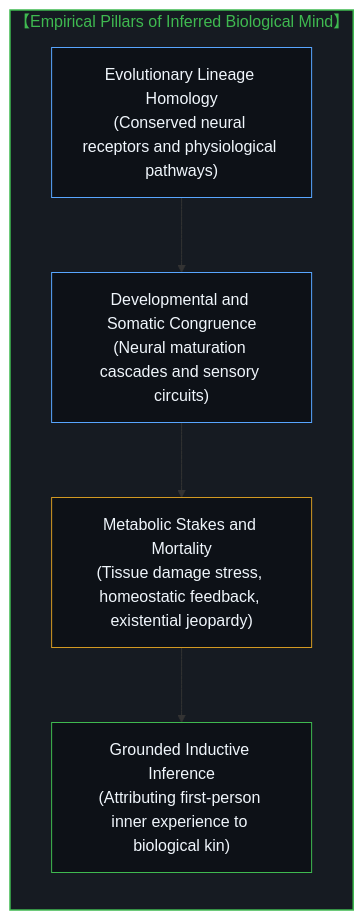
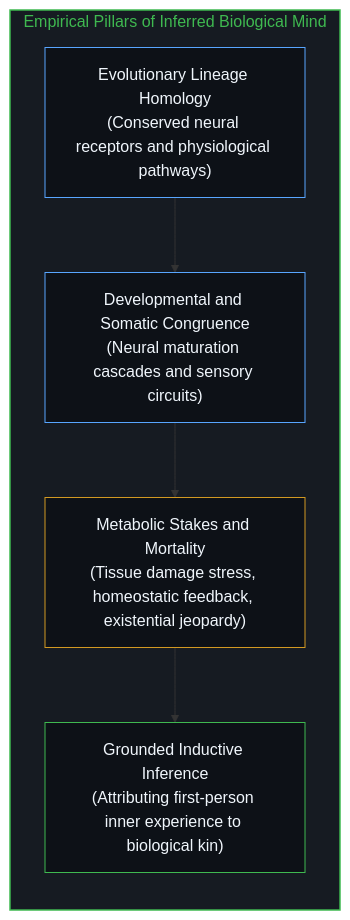
The second of 6 diagrams in content/posts/the-sleight-of-hand-of-consciousness-and-the-asymmetry-of-inference.md (powerpig99/not-a-toe), drawn with Mermaid before and after one commit. The commit also changed other lines of this file and 12 other files, not shown here.

````diff
--- a/content/posts/the-sleight-of-hand-of-consciousness-and-the-asymmetry-of-inference.md
+++ b/content/posts/the-sleight-of-hand-of-consciousness-and-the-asymmetry-of-inference.md
@@ -34,14 +34,14 @@
 ```mermaid
 flowchart TD
-    subgraph S_Biological_EN ["【Empirical Pillars of Inferred Biological Mind】"]
+    subgraph S_Biological_EN ["Empirical Pillars of Inferred Biological Mind"]
         direction TB
         BE1["Evolutionary Lineage Homology<br/>(Conserved neural receptors and physiological pathways)"] --> BE2["Developmental and Somatic Congruence<br/>(Neural maturation cascades and sensory circuits)"]
         BE2 --> BE3["Metabolic Stakes and Mortality<br/>(Tissue damage stress, homeostatic feedback, existential jeopardy)"]
         BE3 --> BE4["Grounded Inductive Inference<br/>(Attributing first-person inner experience to biological kin)"]
     end
     style S_Biological_EN fill:#161b22,stroke:#3fb950,stroke-width:1.5px,color:#3fb950
     style BE1 fill:#0d1117,stroke:#58a6ff,stroke-width:1px,color:#f0f6fc
     style BE2 fill:#0d1117,stroke:#58a6ff,stroke-width:1px,color:#f0f6fc
     style BE3 fill:#0d1117,stroke:#d29922,stroke-width:1px,color:#f0f6fc
     style BE4 fill:#0d1117,stroke:#3fb950,stroke-width:1px,color:#f0f6fc
 ```
````
